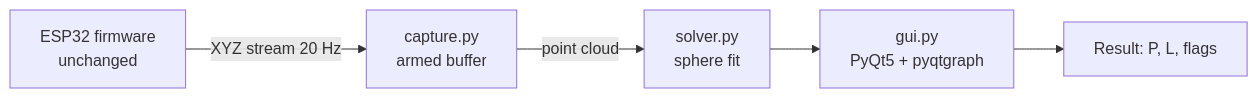
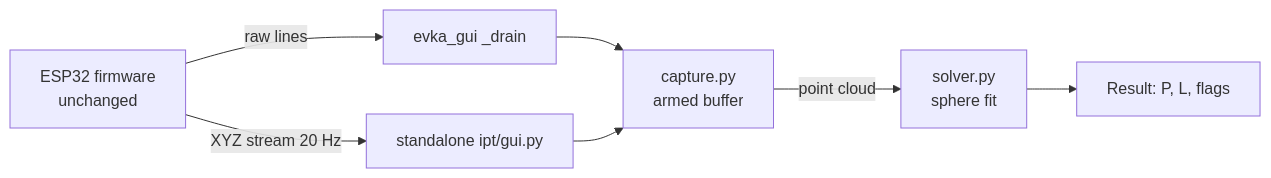
One commit to yunusdanabas/evka_position changed the second of 2 diagrams in tools/ipt/README.md. Above: the diagram before and after it, drawn with Mermaid. The commit also changed other lines of this file and 10 other files, not shown here.

````diff
--- a/tools/ipt/README.md
+++ b/tools/ipt/README.md
@@ -322,7 +345,9 @@
 ```mermaid
 flowchart LR
-    FW[ESP32 firmware<br>unchanged] -->|XYZ stream 20 Hz| CAP[capture.py<br>armed buffer]
+    FW[ESP32 firmware<br>unchanged] -->|raw lines| EVKA[evka_gui _drain]
+    FW -->|XYZ stream 20 Hz| STAND[standalone ipt/gui.py]
+    EVKA --> CAP[capture.py<br>armed buffer]
+    STAND --> CAP
     CAP -->|point cloud| SOL[solver.py<br>sphere fit]
-    SOL --> GUI[gui.py<br>PyQt5 + pyqtgraph]
-    GUI --> OUT[Result: P, L, flags]
+    SOL --> OUT[Result: P, L, flags]
 ```
````
